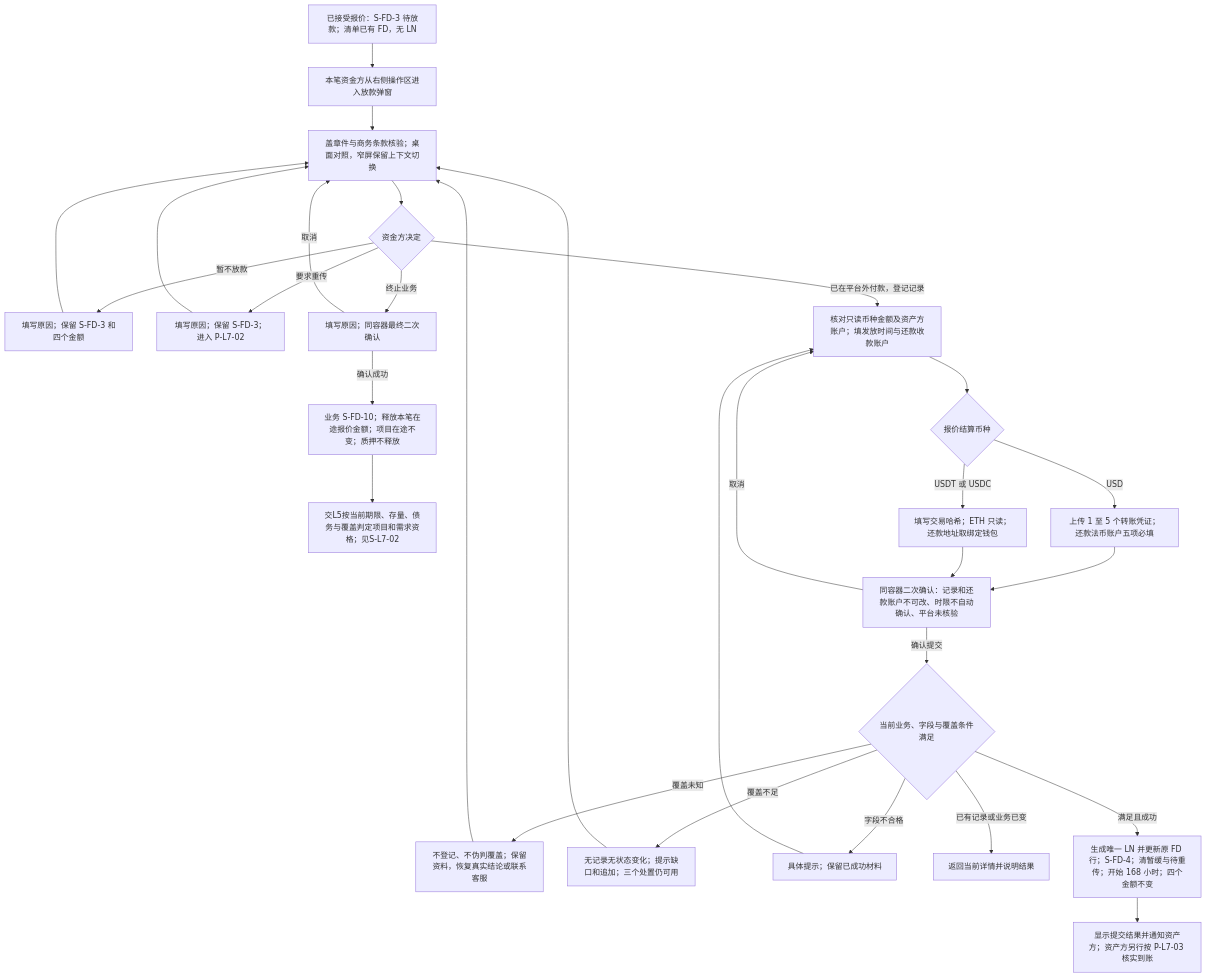
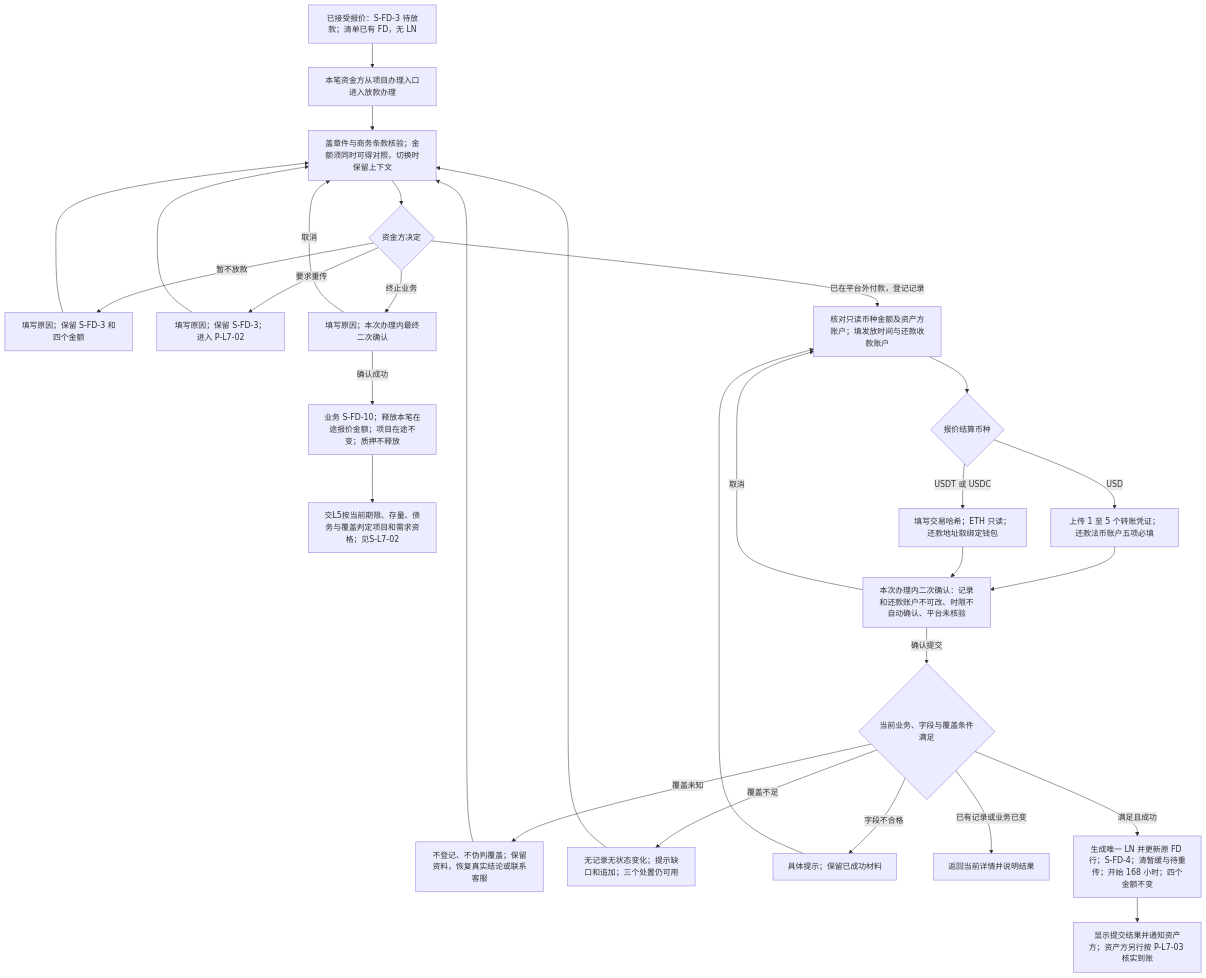
The second of 6 diagrams in lending-platform/PRD/v1.0-借贷广场-放款与放款确认/02-放款与放款确认-流程图与状态机.md (wxblockchain/Chain-Financing), drawn with Mermaid before and after one commit. The commit also changed other lines of this file and 4 other files, not shown here.

````diff
--- a/lending-platform/PRD/v1.0-借贷广场-放款与放款确认/02-放款与放款确认-流程图与状态机.md
+++ b/lending-platform/PRD/v1.0-借贷广场-放款与放款确认/02-放款与放款确认-流程图与状态机.md
@@ -46,31 +46,31 @@
 ```mermaid
 flowchart TD
-  A[已接受报价：S-FD-3 待放款；清单已有 FD，无 LN] --> B[本笔资金方从右侧操作区进入放款弹窗]
-  B --> C[盖章件与商务条款核验；桌面对照，窄屏保留上下文切换]
+  A[已接受报价：S-FD-3 待放款；清单已有 FD，无 LN] --> B[本笔资金方从项目办理入口进入放款办理]
+  B --> C[盖章件与商务条款核验；金额须同时可得对照，切换时保留上下文]
   C --> D{资金方决定}
   D -->|暂不放款| H[填写原因；保留 S-FD-3 和四个金额]
   H --> C
   D -->|要求重传| R[填写原因；保留 S-FD-3；进入 P-L7-02]
   R --> C
-  D -->|终止业务| T[填写原因；同容器最终二次确认]
+  D -->|终止业务| T[填写原因；本次办理内最终二次确认]
   T -->|取消| C
   T -->|确认成功| U[业务 S-FD-10；释放本笔在途报价金额；项目在途不变；质押不释放]
   U --> Z[交L5按当前期限、存量、债务与覆盖判定项目和需求资格；见S-L7-02]
   D -->|已在平台外付款，登记记录| F[核对只读币种金额及资产方账户；填发放时间与还款收款账户]
   F --> G{报价结算币种}
   G -->|USD| I[上传 1 至 5 个转账凭证；还款法币账户五项必填]
   G -->|USDT 或 USDC| J[填写交易哈希；ETH 只读；还款地址取绑定钱包]
-  I --> K[同容器二次确认：记录和还款账户不可改、时限不自动确认、平台未核验]
+  I --> K[本次办理内二次确认：记录和还款账户不可改、时限不自动确认、平台未核验]
   J --> K
   K -->|取消| F
   K -->|确认提交| V{当前业务、字段与覆盖条件满足}
   V -->|覆盖未知| WU[不登记、不伪判覆盖；保留资料，恢复真实结论或联系客服]
   WU --> C
   V -->|覆盖不足| W[无记录无状态变化；提示缺口和追加；三个处置仍可用]
   W --> C
   V -->|字段不合格| X[具体提示；保留已成功材料]
   X --> F
   V -->|已有记录或业务已变| Y[返回当前详情并说明结果]
   V -->|满足且成功| N[生成唯一 LN 并更新原 FD 行；S-FD-4；清暂缓与待重传；开始 168 小时；四个金额不变]
   N --> O[显示提交结果并通知资产方；资产方另行按 P-L7-03 核实到账]
 ```
````
